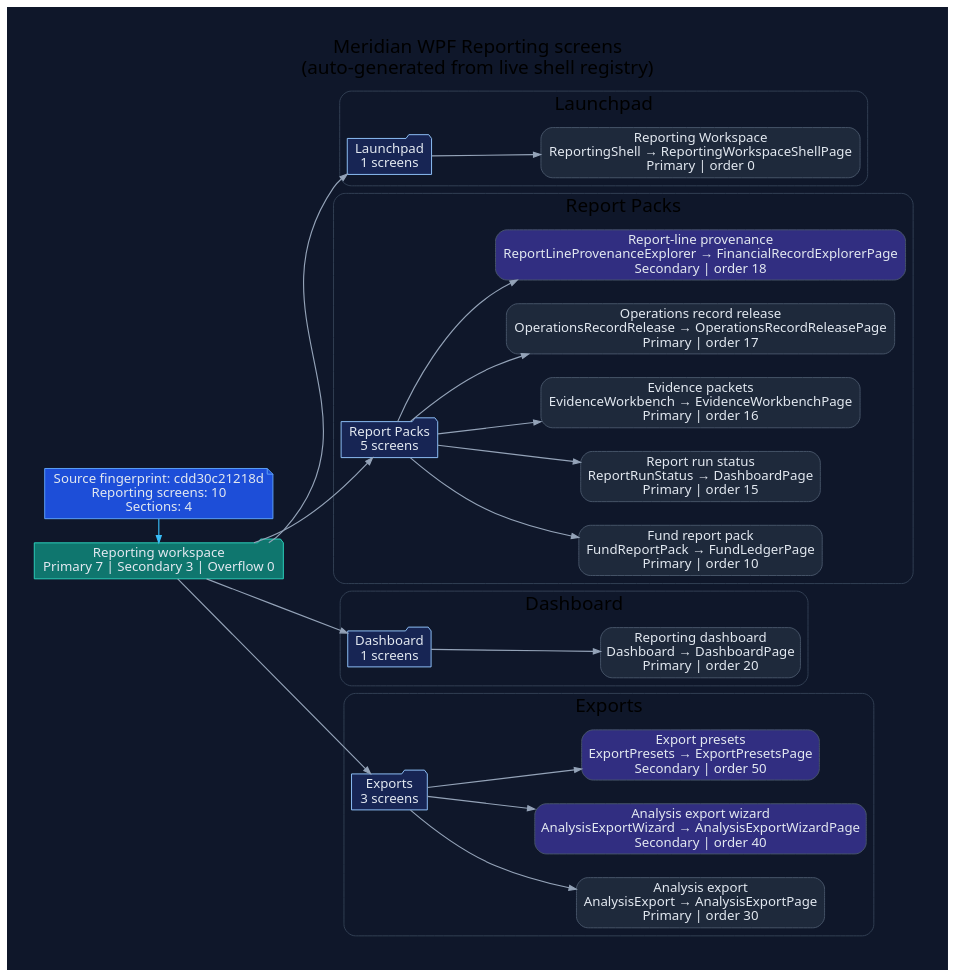
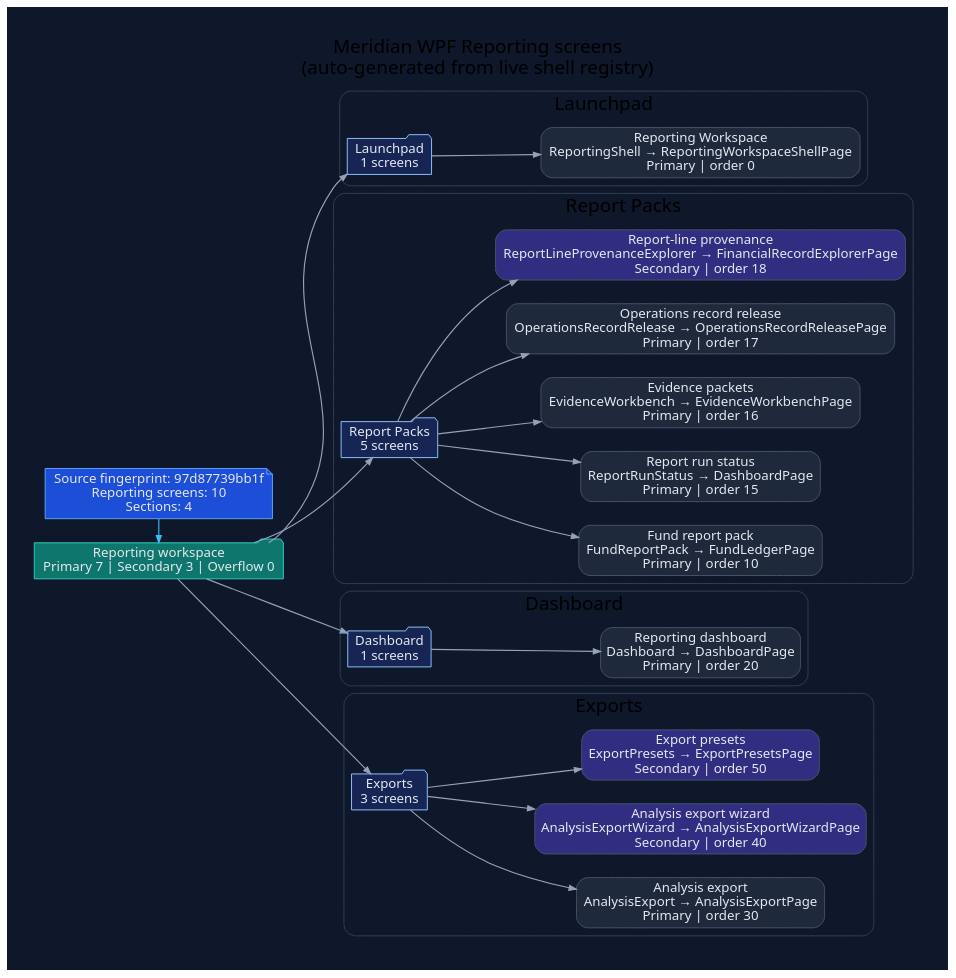
One commit to rodoHasArrived/Meridian-main changed the diagram in docs/diagrams/ui/ui-wpf-screens-reporting.dot. Above: the diagram before and after it, drawn with Graphviz. The commit also changed 43 other files, not shown here.

First line of the commit message:
docs(diagrams): regenerate the WPF screen diagrams for the changed source fingerprint

```diff
--- a/docs/diagrams/ui/ui-wpf-screens-reporting.dot
+++ b/docs/diagrams/ui/ui-wpf-screens-reporting.dot
@@ -1,78 +1,78 @@
 // -----------------------------------------------------------------------------
 // <auto-generated>
 // Generated by scripts/generate-diagrams.mjs.
 // Do not edit this file directly; update the WPF source files instead.
 // -----------------------------------------------------------------------------
 digraph WpfReportingScreens {
   graph [
     rankdir=LR,
     labelloc=t,
     label="Meridian WPF Reporting screens\n(auto-generated from live shell registry)",
     fontname="Segoe UI",
     fontsize=20,
     pad=0.4,
     nodesep=0.35,
     ranksep=0.85,
     bgcolor="#0f172a"
   ];
   node [fontname="Segoe UI", shape=box, style="rounded,filled", color="#475569", fontcolor="#e2e8f0", fillcolor="#1e293b"];
   edge [fontname="Segoe UI", color="#94a3b8", penwidth=1.2, arrowsize=0.75];
 
-  generated [shape=note, fillcolor="#1d4ed8", color="#60a5fa", label="Source fingerprint: cdd30c21218d\nReporting screens: 10\nSections: 4"];
+  generated [shape=note, fillcolor="#1d4ed8", color="#60a5fa", label="Source fingerprint: 97d87739bb1f\nReporting screens: 10\nSections: 4"];
   workspace [shape=folder, fillcolor="#0f766e", color="#2dd4bf", label="Reporting workspace\nPrimary 7 | Secondary 3 | Overflow 0"];
   generated -> workspace [color="#38bdf8"];
 
   subgraph cluster_section_1 {
     label="Launchpad";
     color="#334155";
     style="rounded";
     section_1 [shape=folder, fillcolor="#172554", color="#93c5fd", label="Launchpad\n1 screens"];
     workspace -> section_1;
     screen_ReportingShell [fillcolor="#1e293b", label="Reporting Workspace\nReportingShell → ReportingWorkspaceShellPage\nPrimary | order 0"];
     section_1 -> screen_ReportingShell;
   }
 
   subgraph cluster_section_2 {
     label="Report Packs";
     color="#334155";
     style="rounded";
     section_2 [shape=folder, fillcolor="#172554", color="#93c5fd", label="Report Packs\n5 screens"];
     workspace -> section_2;
     screen_FundReportPack [fillcolor="#1e293b", label="Fund report pack\nFundReportPack → FundLedgerPage\nPrimary | order 10"];
     section_2 -> screen_FundReportPack;
     screen_ReportRunStatus [fillcolor="#1e293b", label="Report run status\nReportRunStatus → DashboardPage\nPrimary | order 15"];
     section_2 -> screen_ReportRunStatus;
     screen_EvidenceWorkbench [fillcolor="#1e293b", label="Evidence packets\nEvidenceWorkbench → EvidenceWorkbenchPage\nPrimary | order 16"];
     section_2 -> screen_EvidenceWorkbench;
     screen_OperationsRecordRelease [fillcolor="#1e293b", label="Operations record release\nOperationsRecordRelease → OperationsRecordReleasePage\nPrimary | order 17"];
     section_2 -> screen_OperationsRecordRelease;
     screen_ReportLineProvenanceExplorer [fillcolor="#312e81", label="Report-line provenance\nReportLineProvenanceExplorer → FinancialRecordExplorerPage\nSecondary | order 18"];
     section_2 -> screen_ReportLineProvenanceExplorer;
   }
 
   subgraph cluster_section_3 {
     label="Dashboard";
     color="#334155";
     style="rounded";
     section_3 [shape=folder, fillcolor="#172554", color="#93c5fd", label="Dashboard\n1 screens"];
     workspace -> section_3;
     screen_Dashboard [fillcolor="#1e293b", label="Reporting dashboard\nDashboard → DashboardPage\nPrimary | order 20"];
     section_3 -> screen_Dashboard;
   }
 
   subgraph cluster_section_4 {
     label="Exports";
     color="#334155";
     style="rounded";
     section_4 [shape=folder, fillcolor="#172554", color="#93c5fd", label="Exports\n3 screens"];
     workspace -> section_4;
     screen_AnalysisExport [fillcolor="#1e293b", label="Analysis export\nAnalysisExport → AnalysisExportPage\nPrimary | order 30"];
     section_4 -> screen_AnalysisExport;
     screen_AnalysisExportWizard [fillcolor="#312e81", label="Analysis export wizard\nAnalysisExportWizard → AnalysisExportWizardPage\nSecondary | order 40"];
     section_4 -> screen_AnalysisExportWizard;
     screen_ExportPresets [fillcolor="#312e81", label="Export presets\nExportPresets → ExportPresetsPage\nSecondary | order 50"];
     section_4 -> screen_ExportPresets;
   }
 
   { rank=min; generated; workspace; }
 }
```
